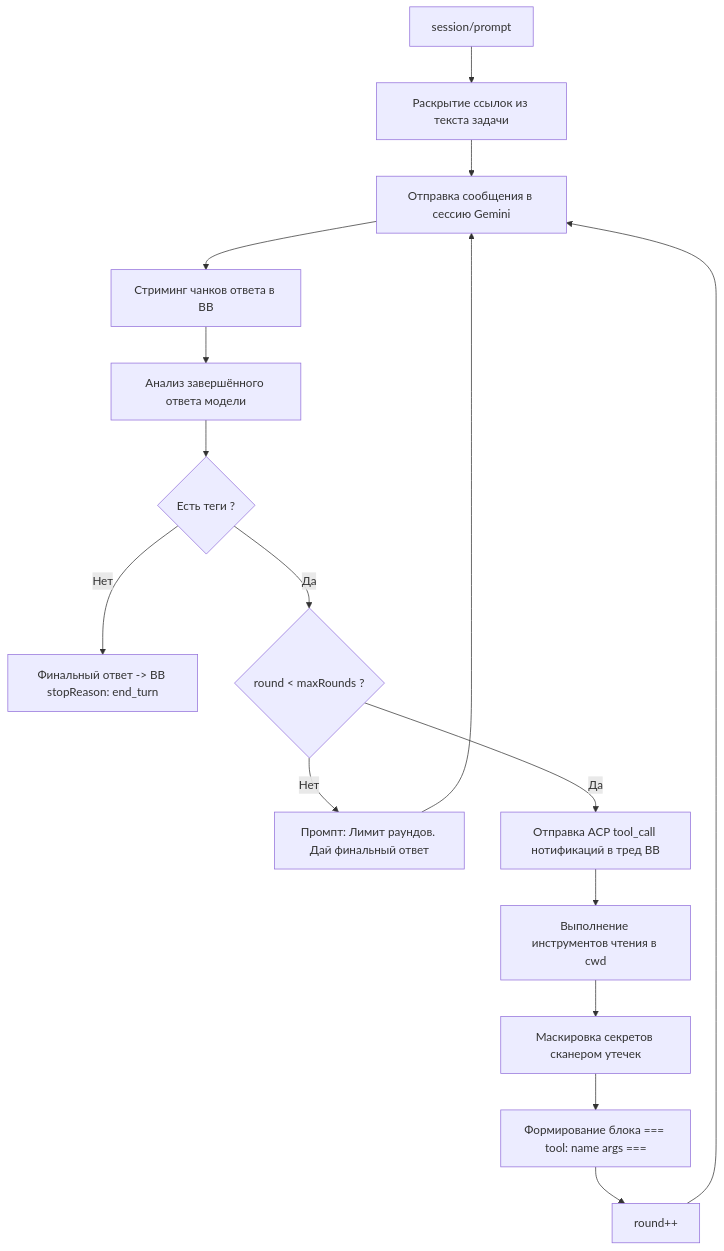
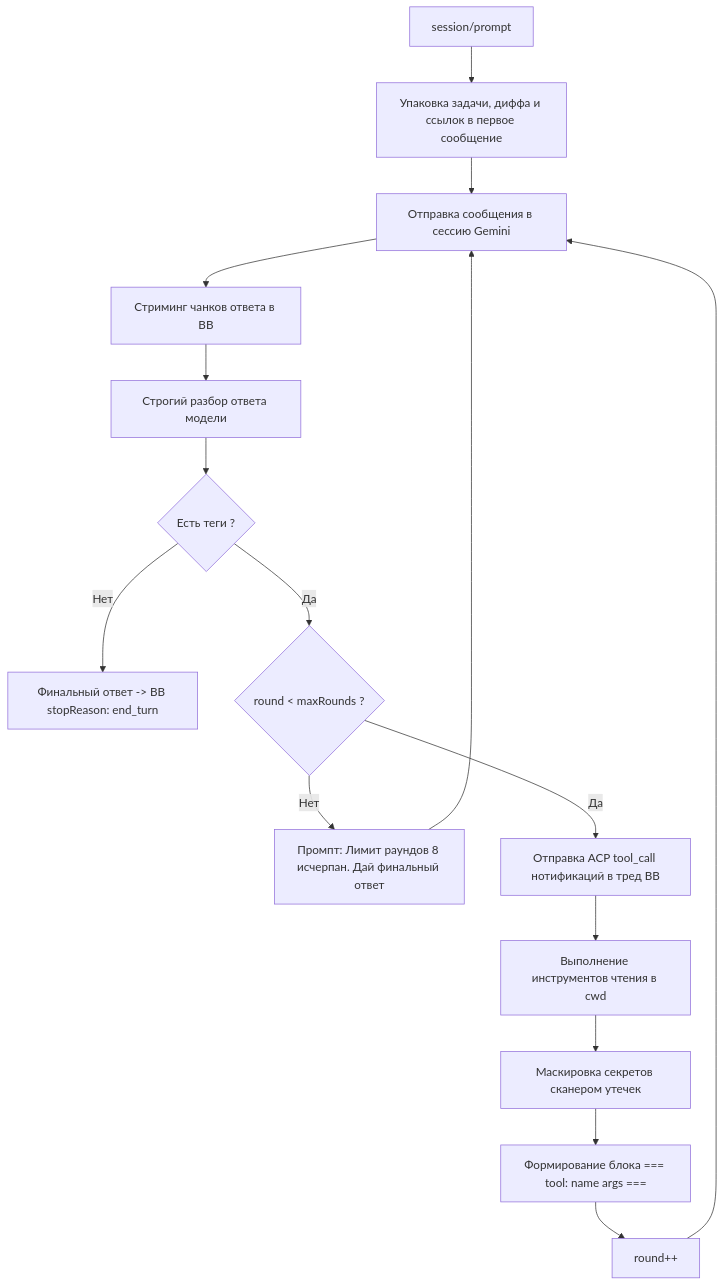
The diagram in docs/specs/provider-web-gemini-tools.md (nick8cyber/bb-addons), drawn with Mermaid before and after one commit. The commit also changed other lines of this file and 3 other files, not shown here.

````diff
--- a/docs/specs/provider-web-gemini-tools.md
+++ b/docs/specs/provider-web-gemini-tools.md
@@ -44,18 +70,18 @@
 ```mermaid
 flowchart TD
-    Start[session/prompt] --> ExpandLinks[Раскрытие ссылок из текста задачи]
-    ExpandLinks --> SendMsg[Отправка сообщения в сессию Gemini]
+    Start[session/prompt] --> PackInitial[Упаковка задачи, диффа и ссылок в первое сообщение]
+    PackInitial --> SendMsg[Отправка сообщения в сессию Gemini]
     SendMsg --> StreamChunk[Стриминг чанков ответа в BB]
-    StreamChunk --> ParseResp[Анализ завершённого ответа модели]
+    StreamChunk --> ParseResp[Строгий разбор ответа модели]
     ParseResp --> HasTools{Есть теги <tool .../> ?}
     HasTools -- Нет --> EndTurn[Финальный ответ -> BB stopReason: end_turn]
     HasTools -- Да --> CheckRounds{round < maxRounds ?}
-    CheckRounds -- Нет --> ForceFinal[Промпт: Лимит раундов. Дай финальный ответ]
+    CheckRounds -- Нет --> ForceFinal[Промпт: Лимит раундов 8 исчерпан. Дай финальный ответ]
     ForceFinal --> SendMsg
     CheckRounds -- Да --> EmitACP[Отправка ACP tool_call нотификаций в тред BB]
     EmitACP --> ExecTools[Выполнение инструментов чтения в cwd]
     ExecTools --> MaskSecrets[Маскировка секретов сканером утечек]
     MaskSecrets --> FormatNext[Формирование блока === tool: name args ===]
     FormatNext --> IncRound[round++]
     IncRound --> SendMsg
 ```
````
